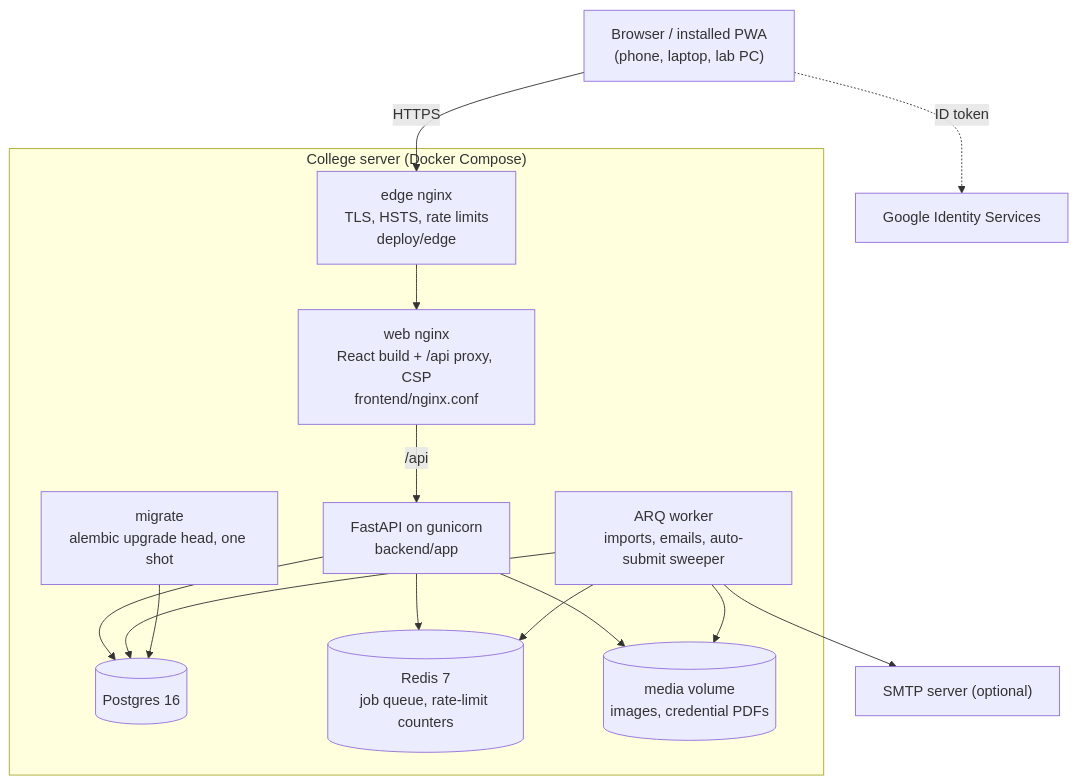
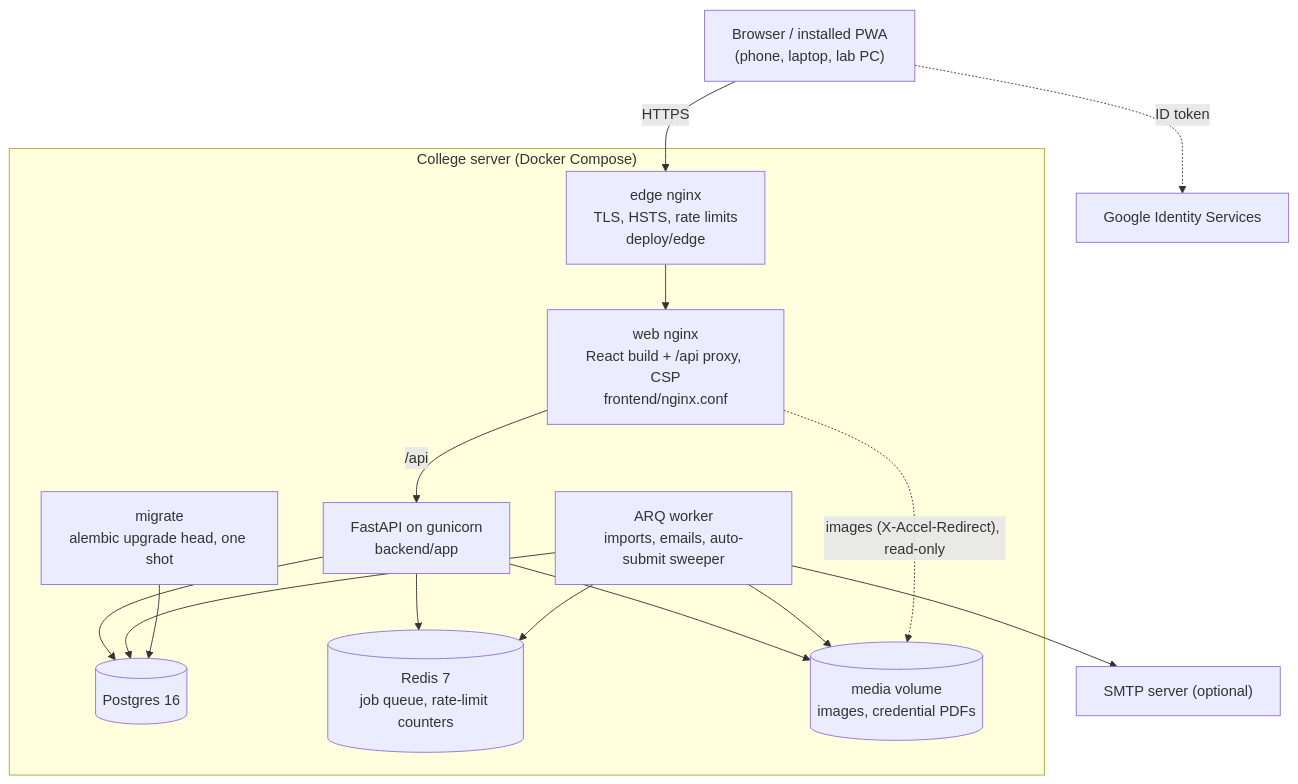
One commit to OSSC-DBIT/openqz changed the first of 10 diagrams in docs/architecture.md. Above: the diagram before and after it, drawn with Mermaid. The commit also changed other lines of this file and 41 other files, not shown here.

````diff
--- a/docs/architecture.md
+++ b/docs/architecture.md
@@ -5,28 +5,29 @@
 ```mermaid
 flowchart TB
     user["Browser / installed PWA<br/>(phone, laptop, lab PC)"]
     subgraph server["College server (Docker Compose)"]
         edge["edge nginx<br/>TLS, HSTS, rate limits<br/>deploy/edge"]
         web["web nginx<br/>React build + /api proxy, CSP<br/>frontend/nginx.conf"]
         api["FastAPI on gunicorn<br/>backend/app"]
         worker["ARQ worker<br/>imports, emails, auto-submit sweeper"]
         migrate["migrate<br/>alembic upgrade head, one shot"]
         db[("Postgres 16")]
         redis[("Redis 7<br/>job queue, rate-limit counters")]
         media[("media volume<br/>images, credential PDFs")]
     end
     google["Google Identity Services"]
     smtp["SMTP server (optional)"]
 
     user -- HTTPS --> edge --> web
     web -- /api --> api
     user -. ID token .-> google
     api --> db
     api --> redis
     api --> media
     worker --> db
     worker --> redis
     worker --> media
+    web -. "images (X-Accel-Redirect), read-only" .-> media
     worker --> smtp
     migrate --> db
 ```
````
